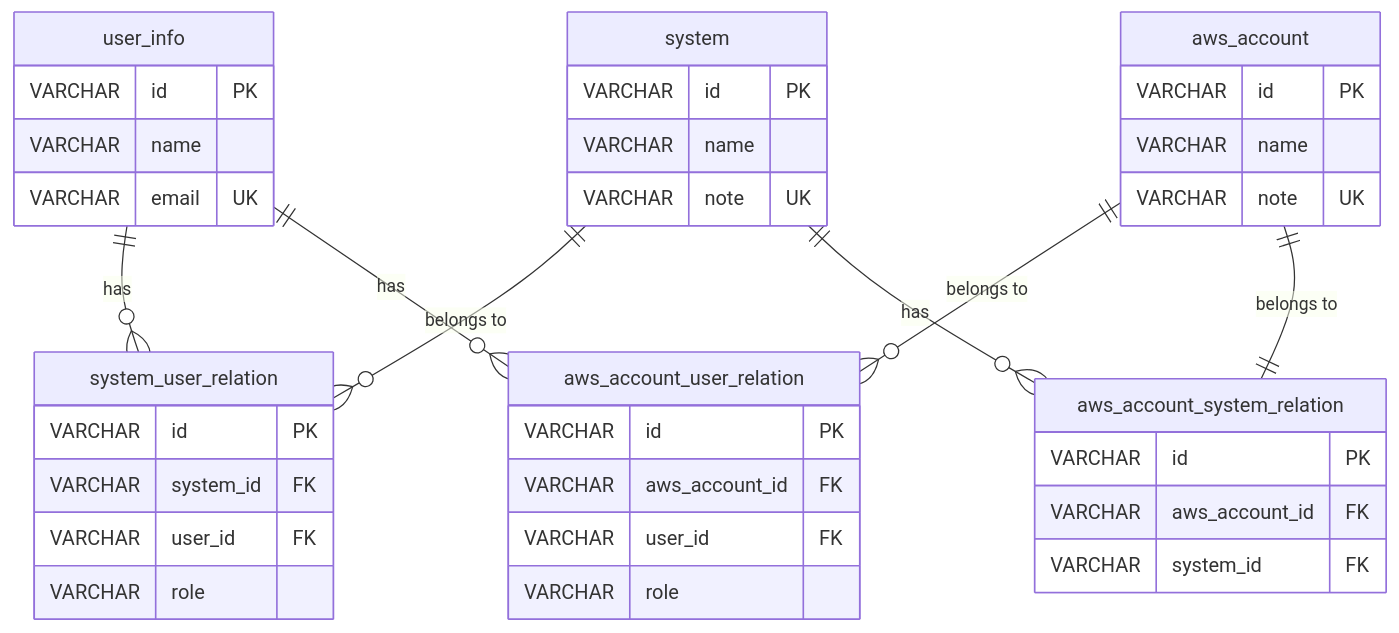
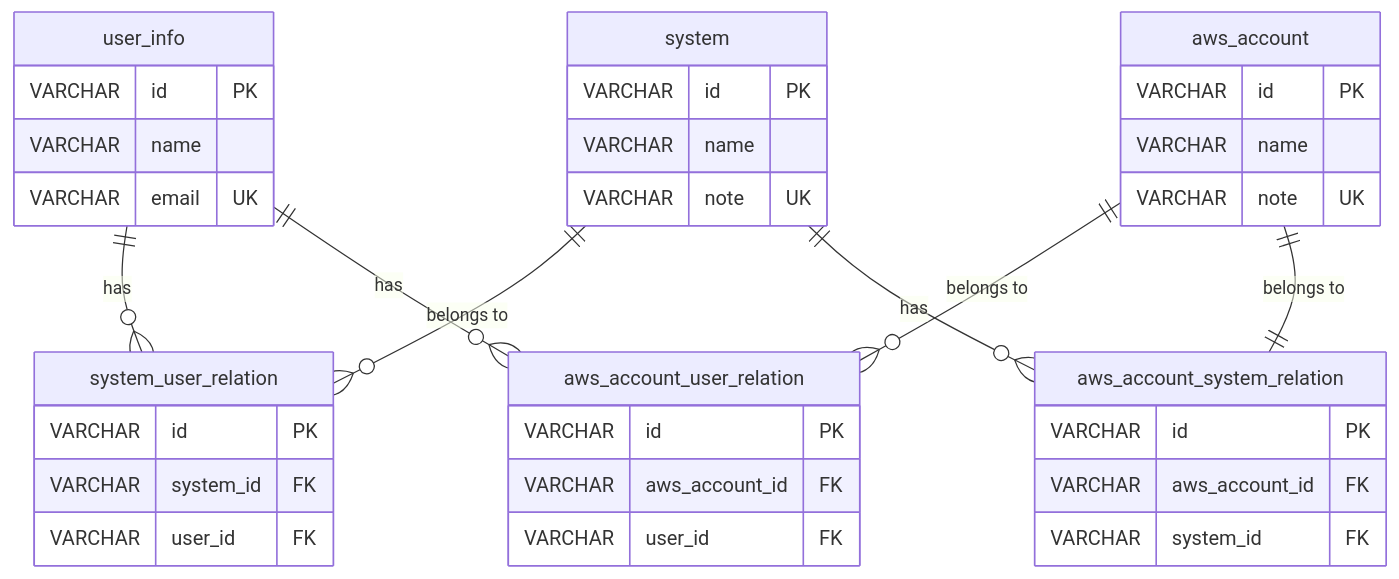
One commit to y-ikushima/sample-authorization-app changed the second of 2 diagrams in README.md. Above: the diagram before and after it, drawn with Mermaid. The commit also changed other lines of this file and 1 other file, not shown here.

````diff
--- a/README.md
+++ b/README.md
@@ -343,47 +341,45 @@
 ```mermaid
 erDiagram
     user_info {
         VARCHAR id PK
         VARCHAR name
         VARCHAR email UK
     }
 
     system {
         VARCHAR id PK
         VARCHAR name
         VARCHAR note UK
     }
 
     system_user_relation {
         VARCHAR id PK
         VARCHAR system_id FK
         VARCHAR user_id FK
-        VARCHAR role
     }
 
     aws_account {
         VARCHAR id PK
         VARCHAR name
         VARCHAR note UK
     }
 
     aws_account_system_relation {
         VARCHAR id PK
         VARCHAR aws_account_id FK
         VARCHAR system_id FK
     }
 
     aws_account_user_relation {
         VARCHAR id PK
         VARCHAR aws_account_id FK
         VARCHAR user_id FK
-        VARCHAR role
     }
 
     user_info ||--o{ system_user_relation : "has"
     system ||--o{ system_user_relation : "belongs to"
     user_info ||--o{ aws_account_user_relation : "has"
     aws_account ||--o{ aws_account_user_relation : "belongs to"
     aws_account ||--|| aws_account_system_relation : "belongs to"
     system ||--o{ aws_account_system_relation : "has"
 ```
````
